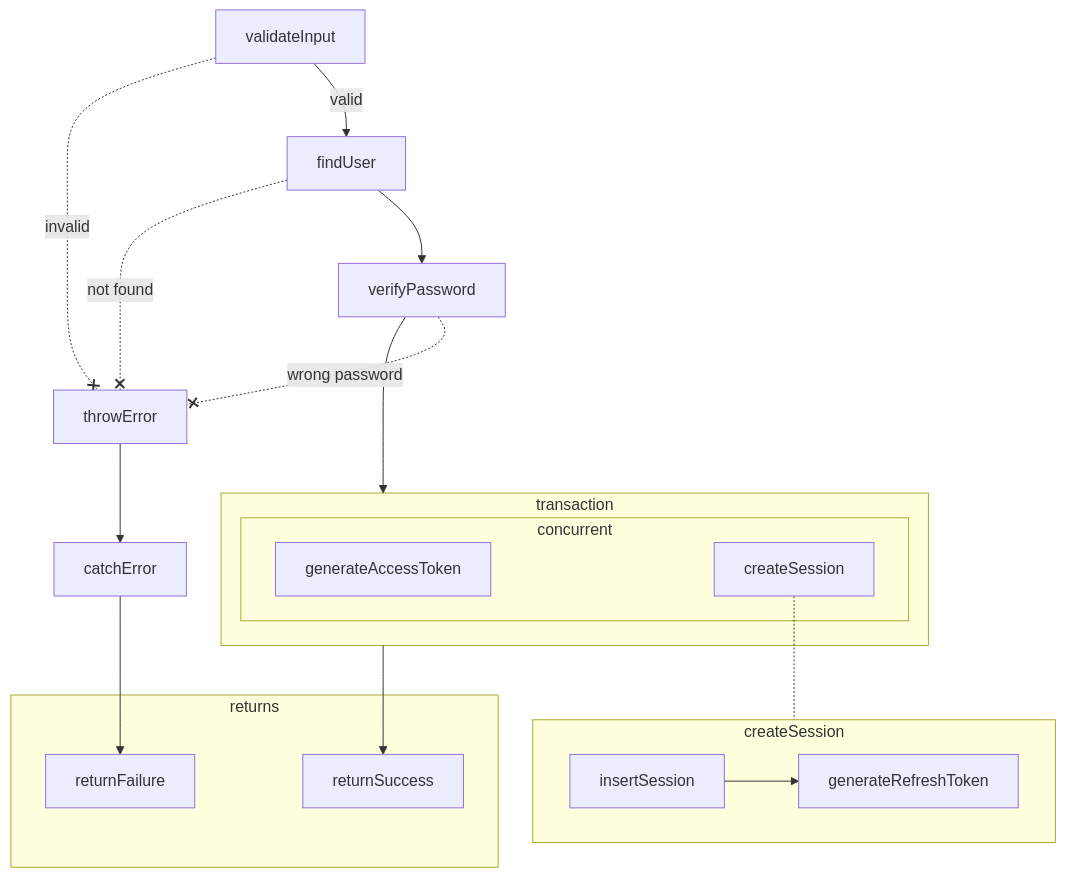
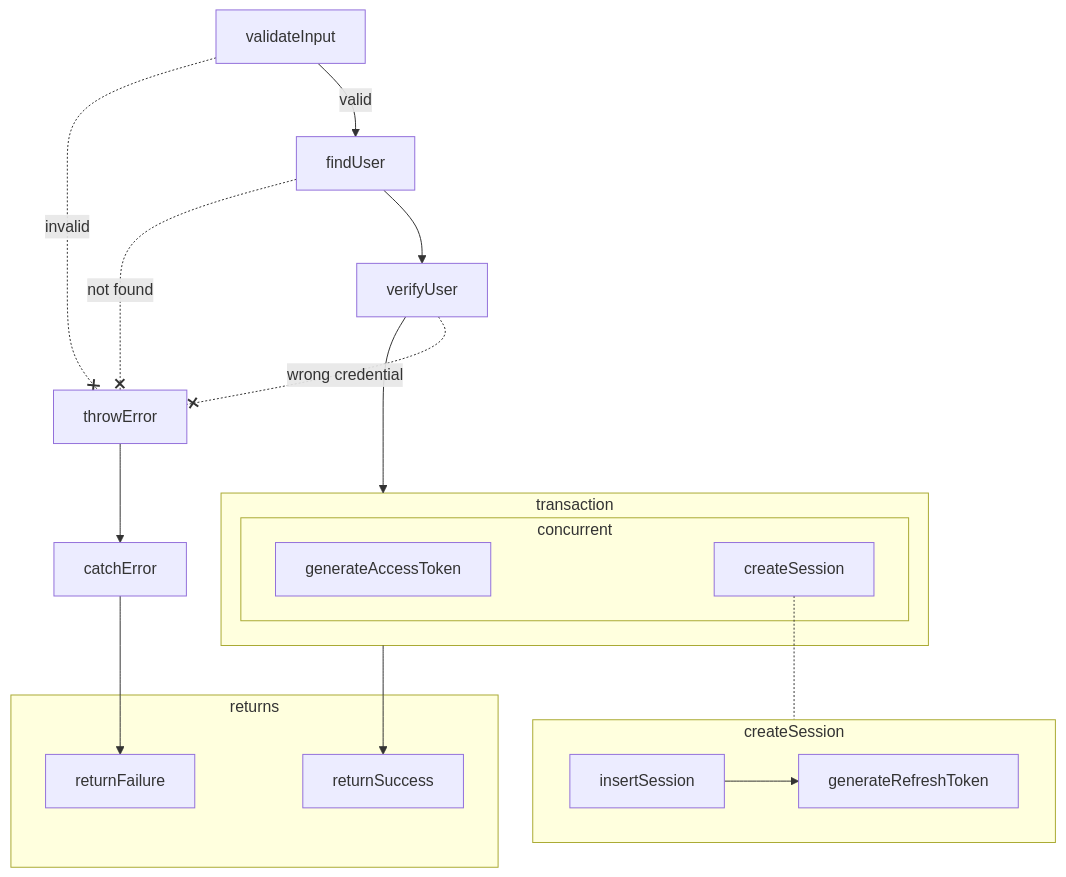
Before and after one commit to lotap/wunshot: the second of 6 diagrams in src/content/docs/auth/universal-ops.mdx, drawn with Mermaid. The commit also changed other lines of this file and 2 other files, not shown here.

````diff
--- a/src/content/docs/auth/universal-ops.mdx
+++ b/src/content/docs/auth/universal-ops.mdx
@@ -52,43 +52,43 @@
 ```mermaid
 flowchart
 
 validateInput
 findUser
-verifyPassword
+verifyUser
 insertSession
 generateRefreshToken
 generateAccessToken
 returnSuccess
 
 throwError
 catchError
 returnFailure
 
 subgraph createSessionBreakout [createSession]
   insertSession --> generateRefreshToken
 end
 
 subgraph concurrent
   generateAccessToken
   createSession
 end
 
 subgraph transaction
   concurrent
 end
 
 subgraph returns
   returnSuccess
   returnFailure
 end
 
-validateInput -- valid --> findUser --> verifyPassword --> transaction --> returnSuccess
+validateInput -- valid --> findUser --> verifyUser --> transaction --> returnSuccess
 
 validateInput -. invalid .-x throwError
 findUser -. not found .-x throwError
-verifyPassword -. wrong password .-x throwError
+verifyUser -. wrong credential .-x throwError
 
 throwError --> catchError --> returnFailure
 
 createSession -.- createSessionBreakout
 ```
````
